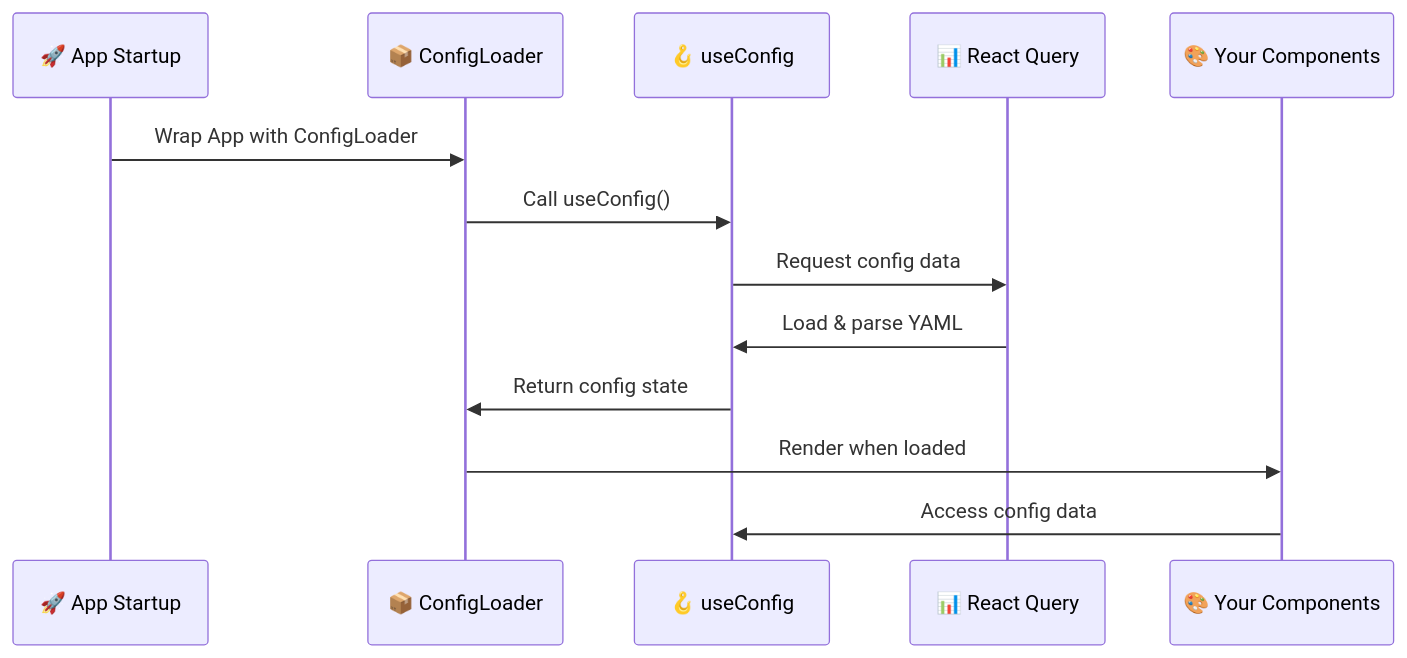
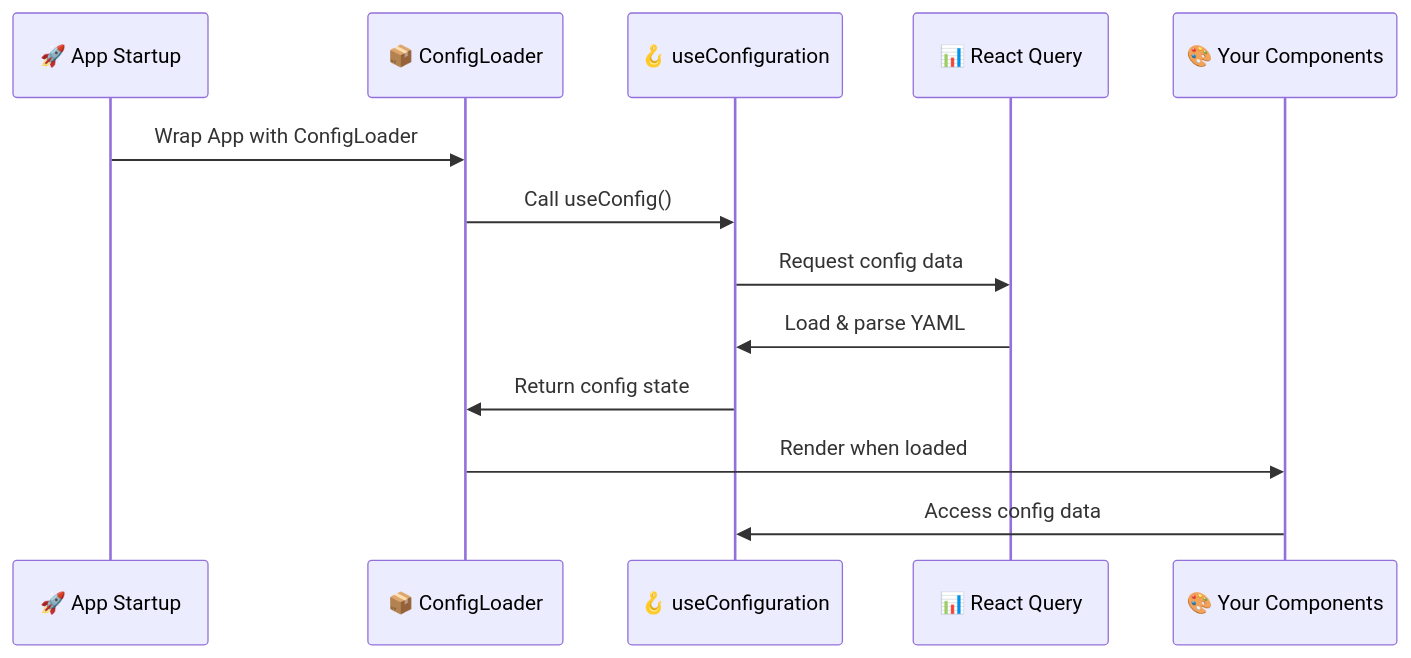
Before and after one commit to RoyAtUneeQ/kiosk-sama: the second of 3 diagrams in src/docs/pages/core/configuration.md, drawn with Mermaid. The commit also changed other lines of this file and 162 other files, not shown here.

````diff
--- a/src/docs/pages/core/configuration.md
+++ b/src/docs/pages/core/configuration.md
@@ -36,16 +36,16 @@
 ```mermaid
 sequenceDiagram
     participant App as 🚀 App Startup
     participant Loader as 📦 ConfigLoader
-    participant Hook as 🪝 useConfig
+    participant Hook as 🪝 useConfiguration
     participant Query as 📊 React Query
     participant Component as 🎨 Your Components
 
     App->>Loader: Wrap App with ConfigLoader
     Loader->>Hook: Call useConfig()
     Hook->>Query: Request config data
     Query->>Hook: Load & parse YAML
     Hook->>Loader: Return config state
     Loader->>Component: Render when loaded
     Component->>Hook: Access config data
 ```
````
